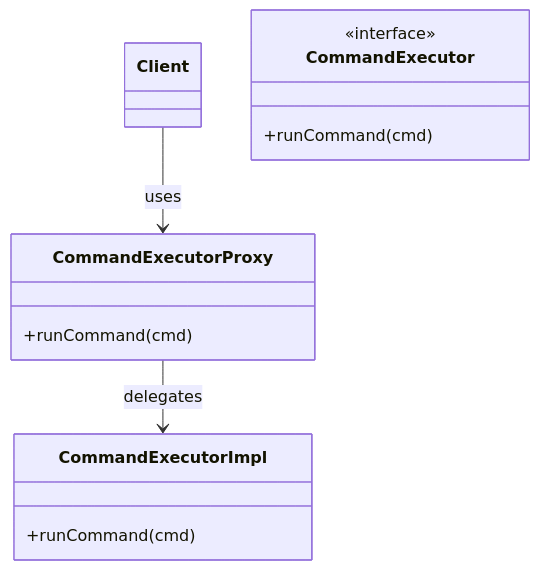
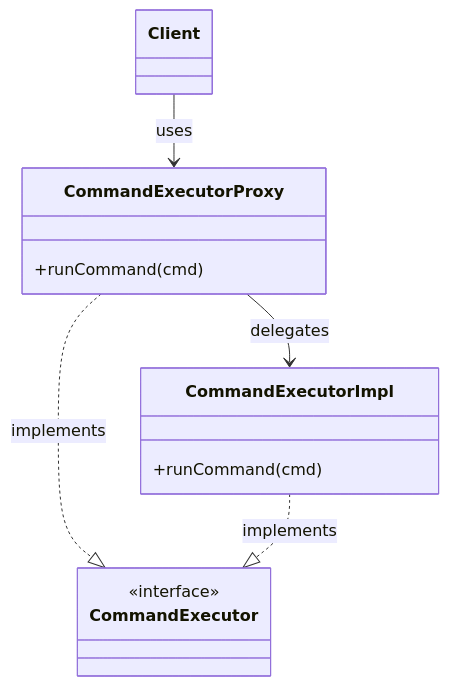
One commit to hakobtp/blog changed the first of 2 diagrams in design_patterns/structural/3_Proxy.md. Above: the diagram before and after it, drawn with Mermaid. The commit also changed other lines of this file, not shown here.

````diff
--- a/design_patterns/structural/3_Proxy.md
+++ b/design_patterns/structural/3_Proxy.md
@@ -25,16 +25,15 @@
 ```mermaid
 classDiagram
+    class CommandExecutor <<interface>>
+    class CommandExecutorProxy
+    class CommandExecutorImpl
+    class Client
+
     Client --> CommandExecutorProxy: uses
     CommandExecutorProxy --> CommandExecutorImpl: delegates
-    class Client
-    class CommandExecutorProxy {
-        +runCommand(cmd)
-    }
-    class CommandExecutorImpl {
-        +runCommand(cmd)
-    }
-    class CommandExecutor {
-        <<interface>>
-        +runCommand(cmd)
-    }
+    CommandExecutorProxy ..|> CommandExecutor: implements
+    CommandExecutorImpl ..|> CommandExecutor: implements
+
+    CommandExecutorProxy : +runCommand(cmd)
+    CommandExecutorImpl : +runCommand(cmd)
 ```    
````
